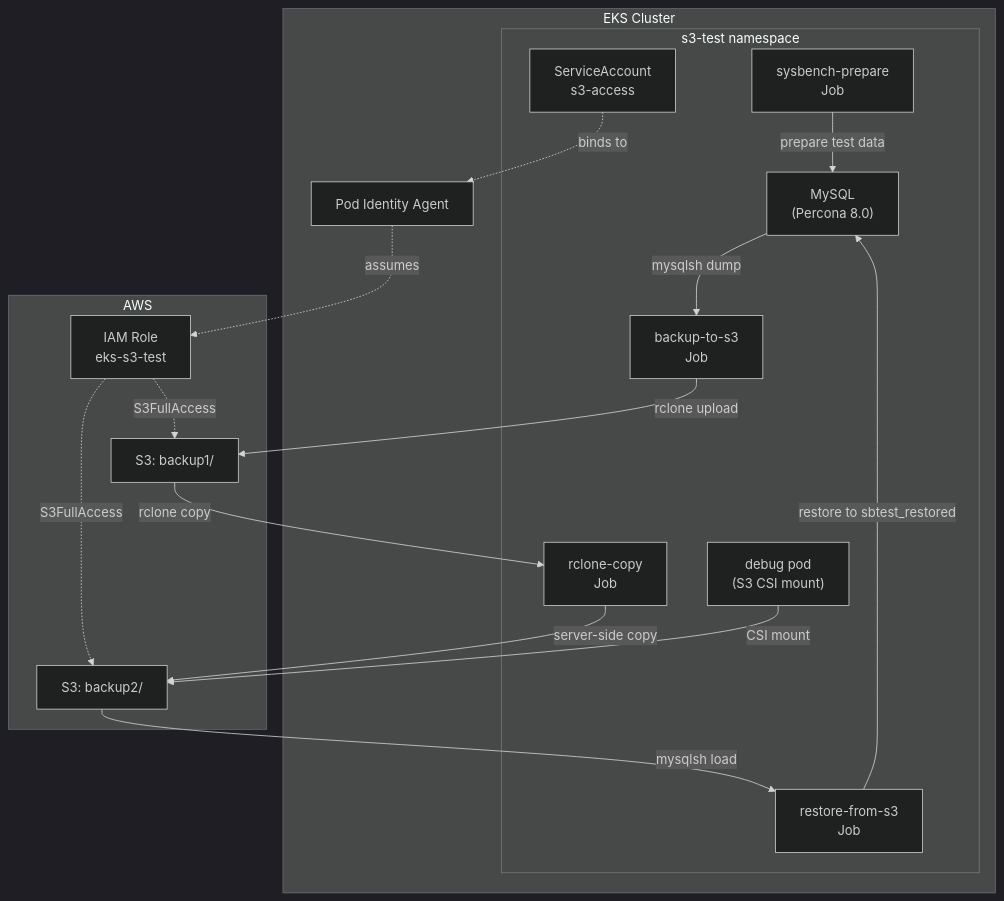
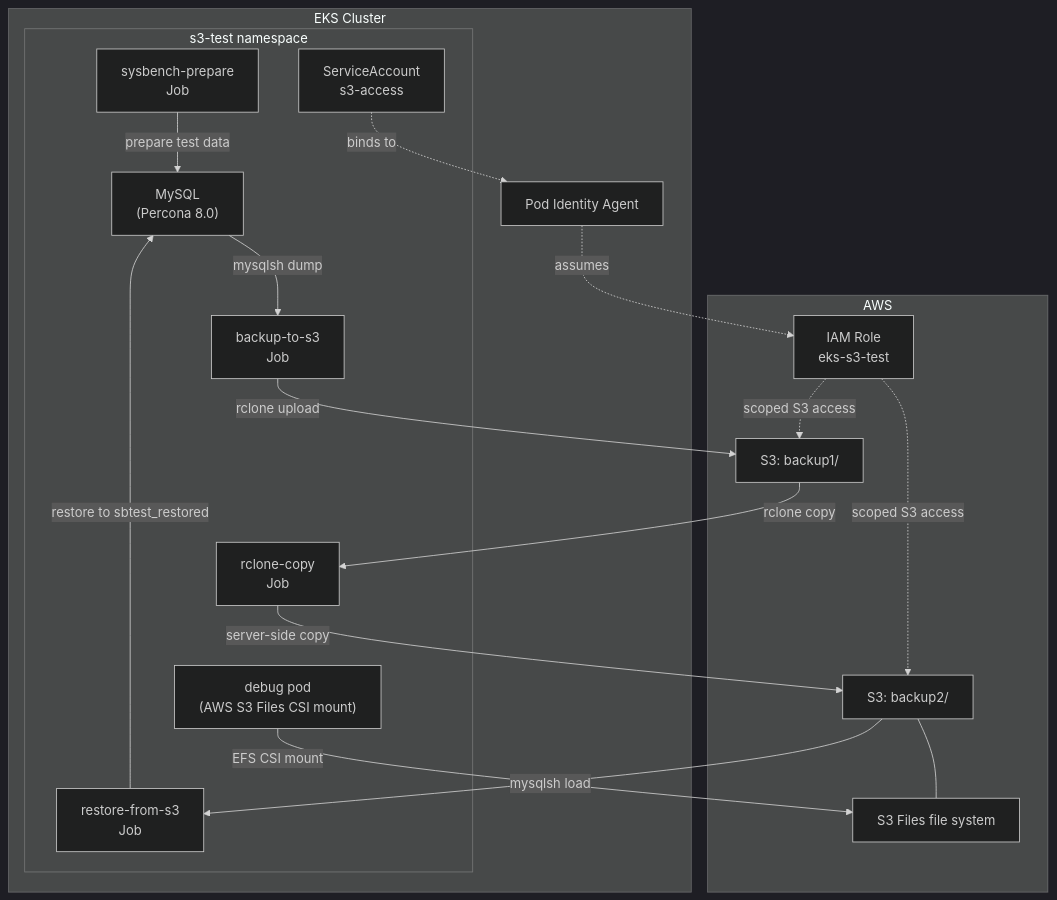
The diagram in s3-pod-identity/README.md (wagov-dtt/tutorials-and-workshops), drawn with Mermaid (dark theme) before and after one commit. The commit also changed other lines of this file and 22 other files, not shown here.

````diff
--- a/s3-pod-identity/README.md
+++ b/s3-pod-identity/README.md
@@ -34,35 +36,37 @@
 ```mermaid
 flowchart TB
     subgraph EKS["EKS Cluster"]
         subgraph NS["s3-test namespace"]
             MySQL["MySQL<br/>(Percona 8.0)"]
             Sysbench["sysbench-prepare<br/>Job"]
             Backup["backup-to-s3<br/>Job"]
             Copy["rclone-copy<br/>Job"]
             Restore["restore-from-s3<br/>Job"]
-            Debug["debug pod<br/>(S3 CSI mount)"]
+            Debug["debug pod<br/>(AWS S3 Files CSI mount)"]
             SA["ServiceAccount<br/>s3-access"]
         end
         PIA["Pod Identity Agent"]
     end
     
     subgraph AWS["AWS"]
         IAM["IAM Role<br/>eks-s3-test"]
         S3B1["S3: backup1/"]
         S3B2["S3: backup2/"]
+        S3Files["S3 Files file system"]
     end
     
     Sysbench -->|"prepare test data"| MySQL
     MySQL -->|"mysqlsh dump"| Backup
     Backup -->|"rclone upload"| S3B1
     S3B1 -->|"rclone copy"| Copy
     Copy -->|"server-side copy"| S3B2
     S3B2 -->|"mysqlsh load"| Restore
     Restore -->|"restore to sbtest_restored"| MySQL
-    Debug -->|"CSI mount"| S3B2
+    S3B2 --- S3Files
+    Debug -->|"EFS CSI mount"| S3Files
     
     SA -.->|"binds to"| PIA
     PIA -.->|"assumes"| IAM
-    IAM -.->|"S3FullAccess"| S3B1
-    IAM -.->|"S3FullAccess"| S3B2
+    IAM -.->|"scoped S3 access"| S3B1
+    IAM -.->|"scoped S3 access"| S3B2
 ```
````
